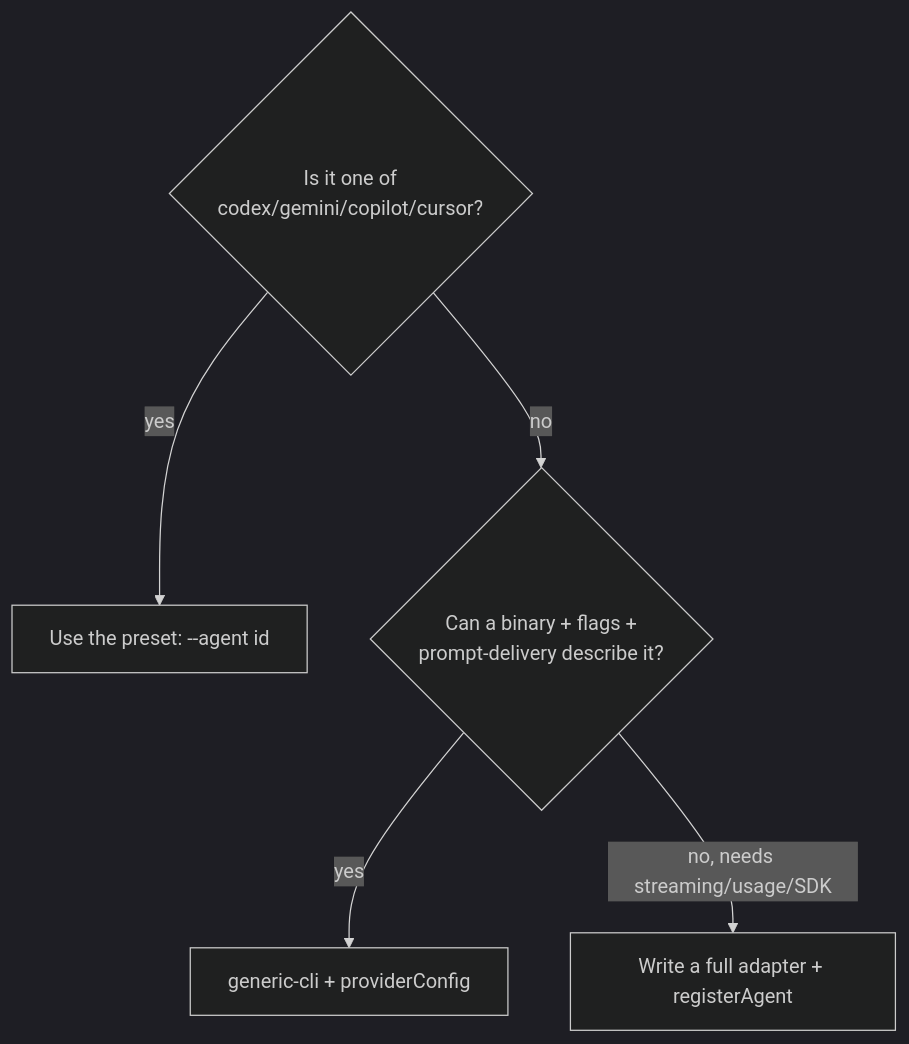
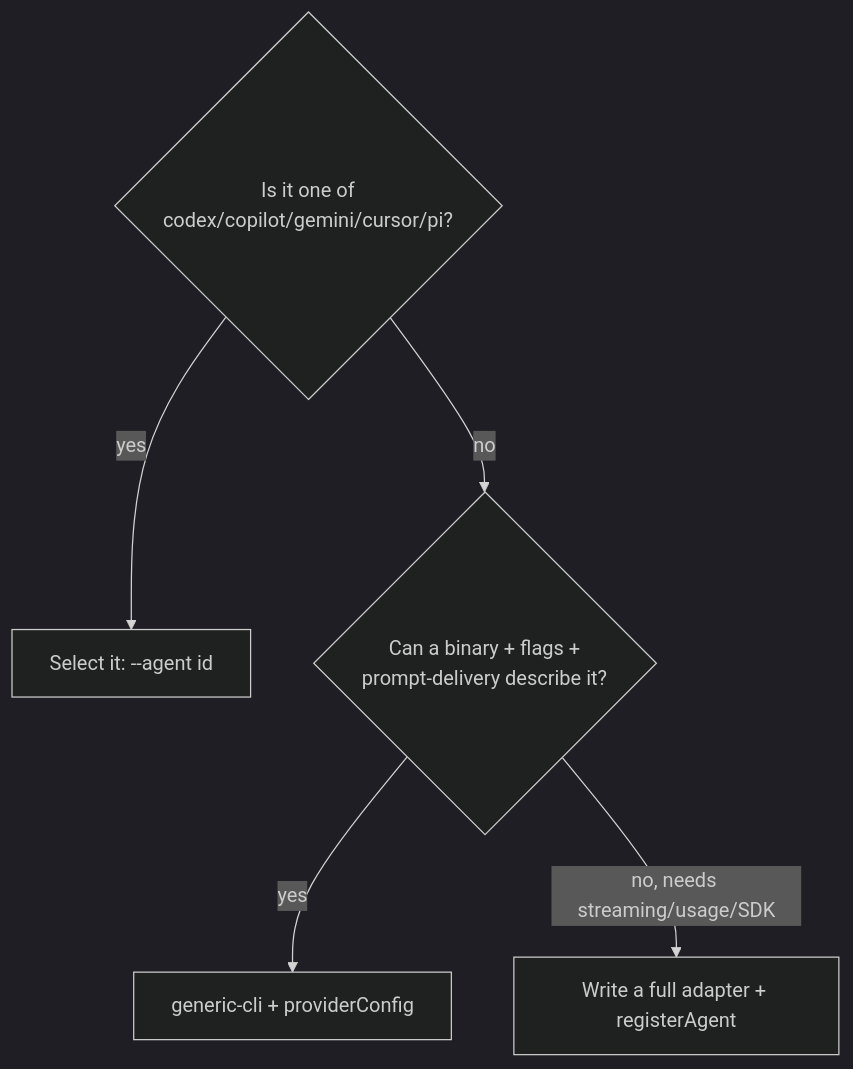
Before and after one commit to garygentry/rauf: the diagram in docs/architecture/rauf-agent-cli-adapters/guides/adding-an-agent.md, drawn with Mermaid (dark theme). The commit also changed other lines of this file and 22 other files, not shown here.

````diff
--- a/docs/architecture/rauf-agent-cli-adapters/guides/adding-an-agent.md
+++ b/docs/architecture/rauf-agent-cli-adapters/guides/adding-an-agent.md
@@ -6,7 +12,7 @@
 ```mermaid
 graph TD
-  Q1{Is it one of<br/>codex/gemini/copilot/cursor?} -->|yes| P[Use the preset: --agent id]
+  Q1{Is it one of<br/>codex/copilot/gemini/cursor/pi?} -->|yes| P[Select it: --agent id]
   Q1 -->|no| Q2{Can a binary + flags +<br/>prompt-delivery describe it?}
   Q2 -->|yes| G[generic-cli + providerConfig]
   Q2 -->|no, needs streaming/usage/SDK| A[Write a full adapter + registerAgent]
 ```
````
